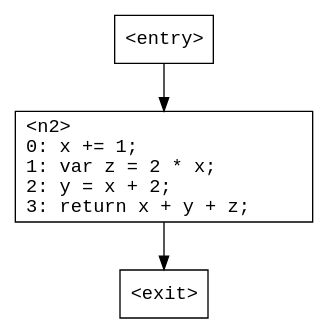
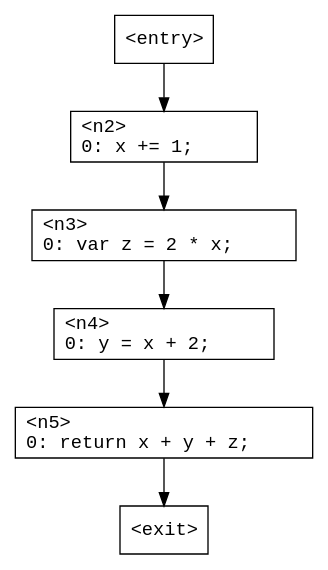
One commit to ashalkhakov/Tarp changed the diagram in TarpTests/Cfg/Data/TestLocalDeclarationsAndSequence.gv. Above: the diagram before and after it, drawn with Graphviz. The commit also changed 28 other files, not shown here.

```diff
--- a/TarpTests/Cfg/Data/TestLocalDeclarationsAndSequence.gv
+++ b/TarpTests/Cfg/Data/TestLocalDeclarationsAndSequence.gv
@@ -1,14 +1,26 @@
 digraph G
 {
     n0 [ shape = "box"
              fontname = "Monospace"
              label = "<entry>\l" ];
       n0 -> n2;
     n1 [ shape = "box"
              fontname = "Monospace"
              label = "<exit>\l" ];
     n2 [ shape = "box"
              fontname = "Monospace"
-             label = "<n2>\l0:	x += 1;\l1:	var z = 2 * x;\l2:	y = x + 2;\l3:	return x + y + z;\l" ];
-      n2 -> n1;
+             label = "<n2>\l0:	x += 1;\l" ];
+      n2 -> n3;
+    n3 [ shape = "box"
+             fontname = "Monospace"
+             label = "<n3>\l0:	var z = 2 * x;\l" ];
+      n3 -> n4;
+    n4 [ shape = "box"
+             fontname = "Monospace"
+             label = "<n4>\l0:	y = x + 2;\l" ];
+      n4 -> n5;
+    n5 [ shape = "box"
+             fontname = "Monospace"
+             label = "<n5>\l0:	return x + y + z;\l" ];
+      n5 -> n1;
 }
```
